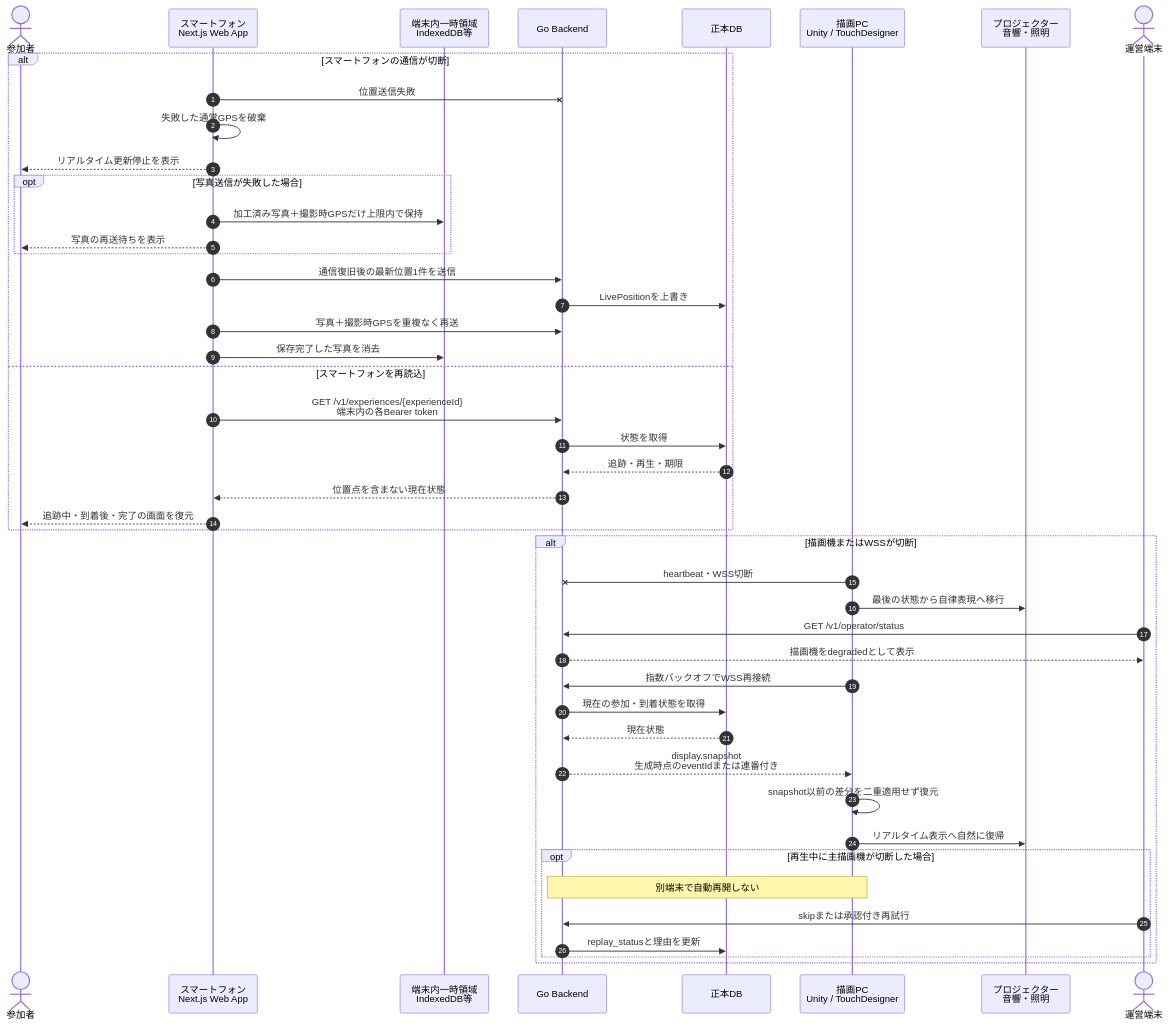
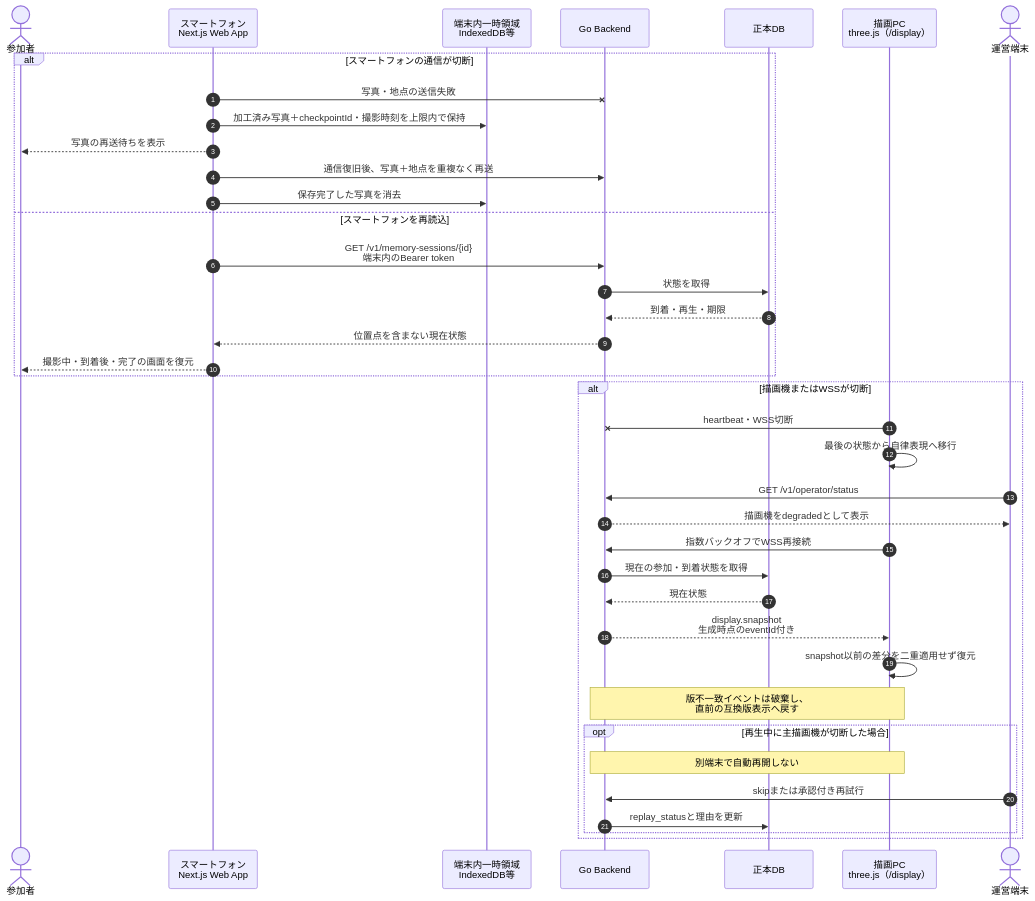
The sixth of 6 diagrams in docs/uml-diagrams.md (Mino829/trace-campus-installation), drawn with Mermaid before and after one commit. The commit also changed other lines of this file and 15 other files, not shown here.

````diff
--- a/docs/uml-diagrams.md
+++ b/docs/uml-diagrams.md
@@ -358,50 +345,43 @@
 ```mermaid
 sequenceDiagram
     autonumber
     actor User as 参加者
     participant Browser as スマートフォン<br/>Next.js Web App
     participant Local as 端末内一時領域<br/>IndexedDB等
     participant API as Go Backend
     participant DB as 正本DB
-    participant Renderer as 描画PC<br/>Unity / TouchDesigner
-    participant Output as プロジェクター<br/>音響・照明
+    participant Renderer as 描画PC<br/>three.js（/display）
     actor Operator as 運営端末
 
     alt スマートフォンの通信が切断
-        Browser-xAPI: 位置送信失敗
-        Browser->>Browser: 失敗した通常GPSを破棄
-        Browser-->>User: リアルタイム更新停止を表示
-        opt 写真送信が失敗した場合
-            Browser->>Local: 加工済み写真＋撮影時GPSだけ上限内で保持
-            Browser-->>User: 写真の再送待ちを表示
-        end
-        Browser->>API: 通信復旧後の最新位置1件を送信
-        API->>DB: LivePositionを上書き
-        Browser->>API: 写真＋撮影時GPSを重複なく再送
+        Browser-xAPI: 写真・地点の送信失敗
+        Browser->>Local: 加工済み写真＋checkpointId・撮影時刻を上限内で保持
+        Browser-->>User: 写真の再送待ちを表示
+        Browser->>API: 通信復旧後、写真＋地点を重複なく再送
         Browser->>Local: 保存完了した写真を消去
     else スマートフォンを再読込
-        Browser->>API: GET /v1/experiences/{experienceId}<br/>端末内の各Bearer token
+        Browser->>API: GET /v1/memory-sessions/{id}<br/>端末内のBearer token
         API->>DB: 状態を取得
-        DB-->>API: 追跡・再生・期限
+        DB-->>API: 到着・再生・期限
         API-->>Browser: 位置点を含まない現在状態
-        Browser-->>User: 追跡中・到着後・完了の画面を復元
+        Browser-->>User: 撮影中・到着後・完了の画面を復元
     end
 
     alt 描画機またはWSSが切断
         Renderer-xAPI: heartbeat・WSS切断
-        Renderer->>Output: 最後の状態から自律表現へ移行
+        Renderer->>Renderer: 最後の状態から自律表現へ移行
         Operator->>API: GET /v1/operator/status
         API-->>Operator: 描画機をdegradedとして表示
         Renderer->>API: 指数バックオフでWSS再接続
         API->>DB: 現在の参加・到着状態を取得
         DB-->>API: 現在状態
-        API-->>Renderer: display.snapshot<br/>生成時点のeventIdまたは連番付き
+        API-->>Renderer: display.snapshot<br/>生成時点のeventId付き
         Renderer->>Renderer: snapshot以前の差分を二重適用せず復元
-        Renderer->>Output: リアルタイム表示へ自然に復帰
+        Note over API,Renderer: 版不一致イベントは破棄し、<br/>直前の互換版表示へ戻す
         opt 再生中に主描画機が切断した場合
             Note over API,Renderer: 別端末で自動再開しない
             Operator->>API: skipまたは承認付き再試行
             API->>DB: replay_statusと理由を更新
         end
     end
 ```
````
